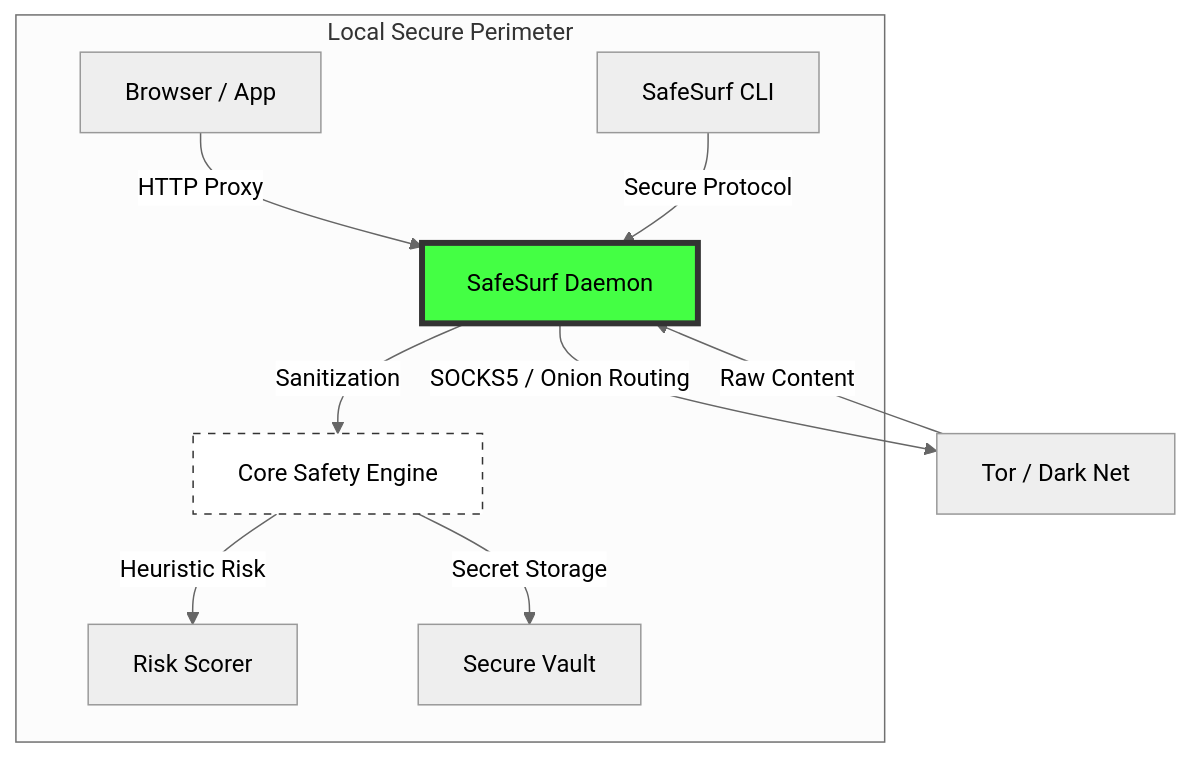
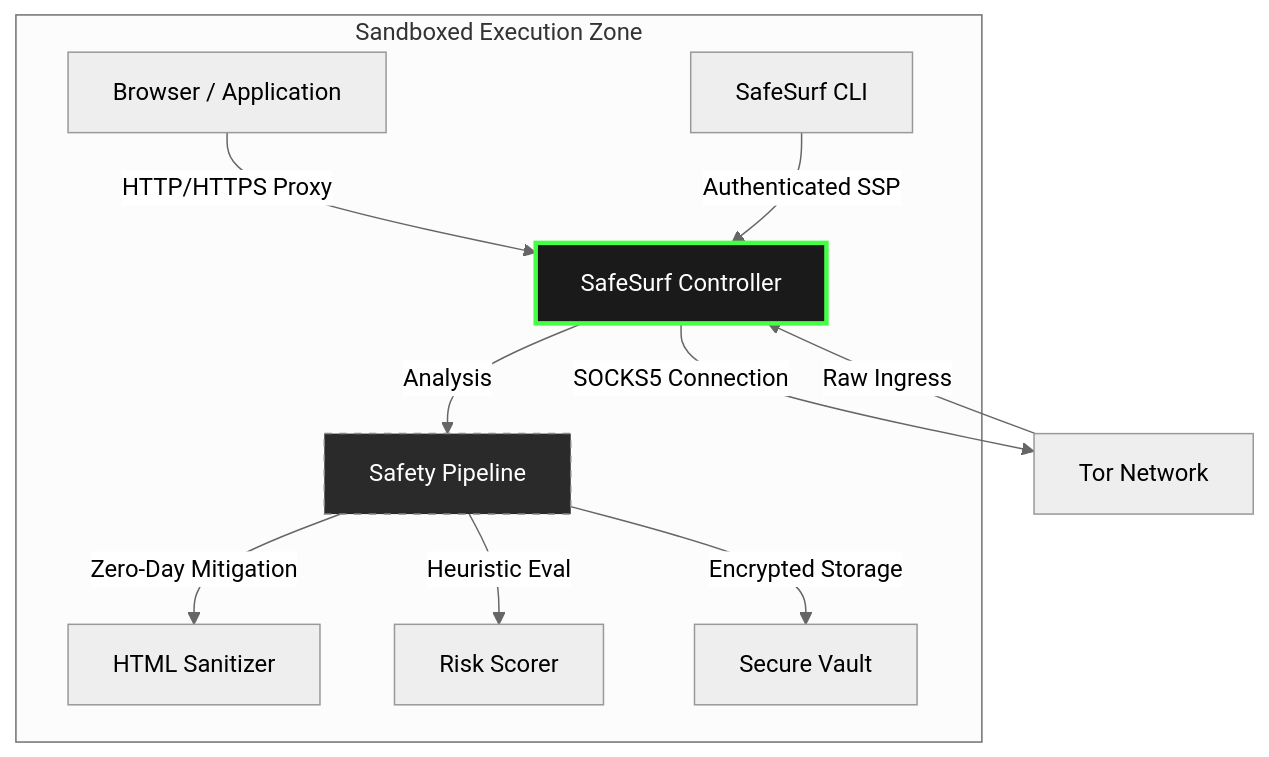
The first of 3 diagrams in README.md (the-shadow-0/SafeSurf-protocol), drawn with Mermaid (neutral theme) before and after one commit. The commit also changed other lines of this file, not shown here.

Commit message:
Update SafeSurf protocol

````diff
--- a/README.md
+++ b/README.md
@@ -17,16 +24,17 @@
 ```mermaid
 graph TD
-    subgraph "Local Secure Perimeter"
-        Browser[Browser / App] -->|HTTP Proxy| Daemon[SafeSurf Daemon]
-        CLI[SafeSurf CLI] -->|Secure Protocol| Daemon
-        Daemon -->|Sanitization| Engine[Core Safety Engine]
-        Engine -->|Heuristic Risk| Scorer[Risk Scorer]
-        Engine -->|Secret Storage| Vault[Secure Vault]
+    subgraph "Sandboxed Execution Zone"
+        Browser[Browser / Application] -->|HTTP/HTTPS Proxy| Daemon[SafeSurf Controller]
+        CLI[SafeSurf CLI] -->|Authenticated SSP| Daemon
+        Daemon -->|Analysis| Engine[Safety Pipeline]
+        Engine -->|Zero-Day Mitigation| Sanitizer[HTML Sanitizer]
+        Engine -->|Heuristic Eval| Scorer[Risk Scorer]
+        Engine -->|Encrypted Storage| Vault[Secure Vault]
     end
     
-    Daemon -->|SOCKS5 / Onion Routing| Network[Tor / Dark Net]
-    Network -->|Raw Content| Daemon
+    Daemon -->|SOCKS5 Connection| Tor[Tor Network]
+    Tor -->|Raw Ingress| Daemon
     
-    style Daemon fill:#4f4,stroke:#333,stroke-width:4px
-    style Engine fill:#fff,stroke:#333,stroke-dasharray: 5 5
+    style Daemon fill:#1a1a1a,stroke:#4f4,stroke-width:3px,color:#fff
+    style Engine fill:#2a2a2a,stroke:#888,stroke-dasharray: 5 5,color:#fff
 ```
````
